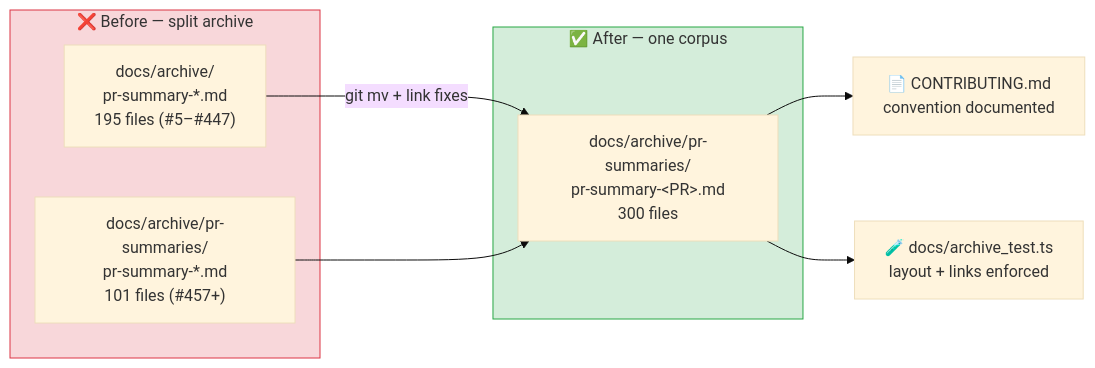
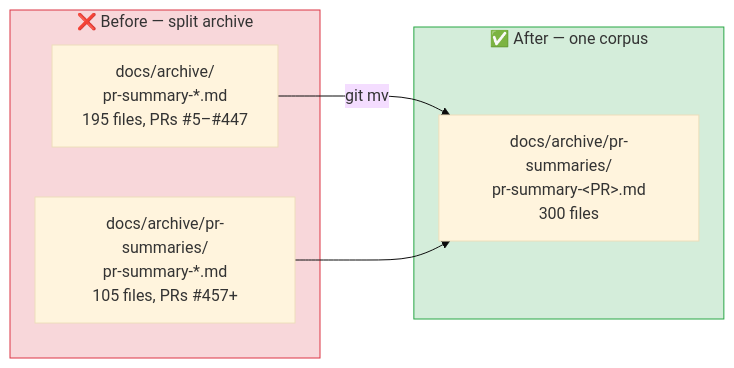
Before and after one commit to stSoftwareAU/NEAT-AI-Examples: the diagram in docs/archive/pr-summaries/pr-summary-792.md, drawn with Mermaid (base theme). The commit also changed other lines of this file, not shown here.

First line of the commit message:
Add PR summary for the archive consolidation (Issue #792)

````diff
--- a/docs/archive/pr-summaries/pr-summary-792.md
+++ b/docs/archive/pr-summaries/pr-summary-792.md
@@ -38,19 +26,17 @@
 ```mermaid
 flowchart LR
     subgraph before ["❌ Before — split archive"]
-        A1["docs/archive/<br/>pr-summary-*.md<br/>195 files (#5–#447)"]
-        A2["docs/archive/pr-summaries/<br/>pr-summary-*.md<br/>101 files (#457+)"]
+        F1["docs/archive/<br/>pr-summary-*.md<br/>195 files, PRs #5–#447"]
+        F2["docs/archive/pr-summaries/<br/>pr-summary-*.md<br/>105 files, PRs #457+"]
     end
 
     subgraph after ["✅ After — one corpus"]
-        B1["docs/archive/pr-summaries/<br/>pr-summary-&lt;PR&gt;.md<br/>300 files"]
+        A1["docs/archive/pr-summaries/<br/>pr-summary-&lt;PR&gt;.md<br/>300 files"]
     end
 
-    A1 -->|git mv + link fixes| B1
-    A2 --> B1
-    B1 --> DOC["📄 CONTRIBUTING.md<br/>convention documented"]
-    B1 --> TEST["🧪 docs/archive_test.ts<br/>layout + links enforced"]
+    F1 -- "git mv" --> A1
+    F2 --> A1
 
     style before fill:#f8d7da,stroke:#dc3545,color:#333
     style after fill:#d4edda,stroke:#28a745,color:#333
 ```
````
